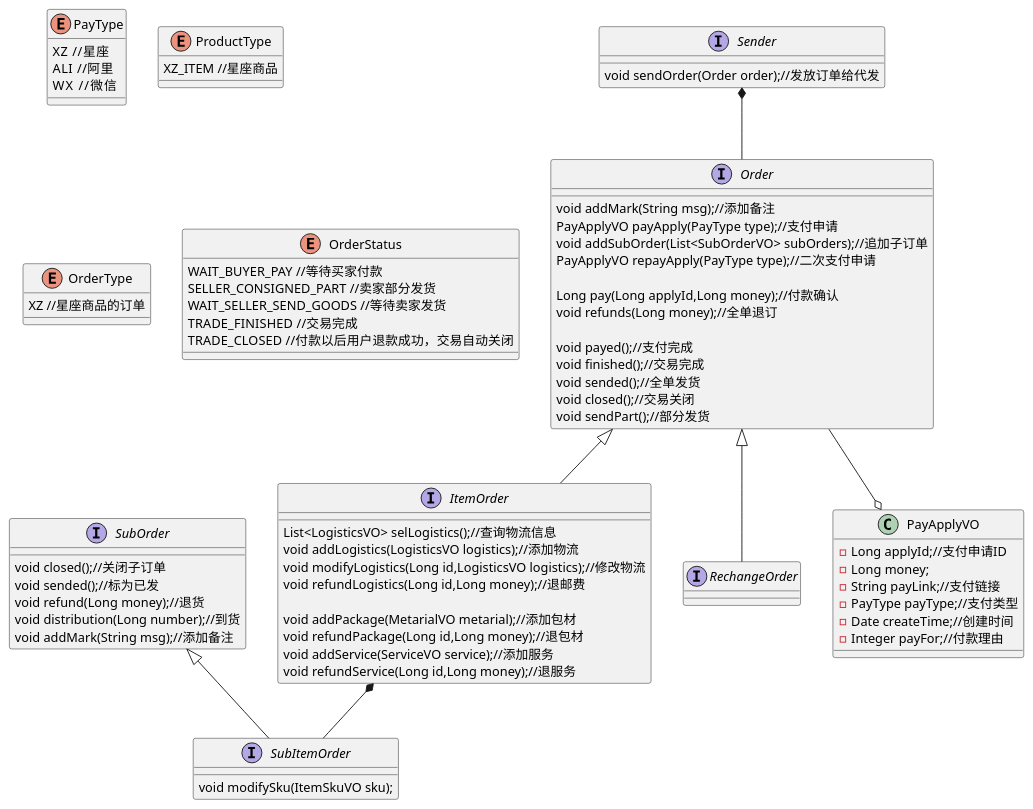
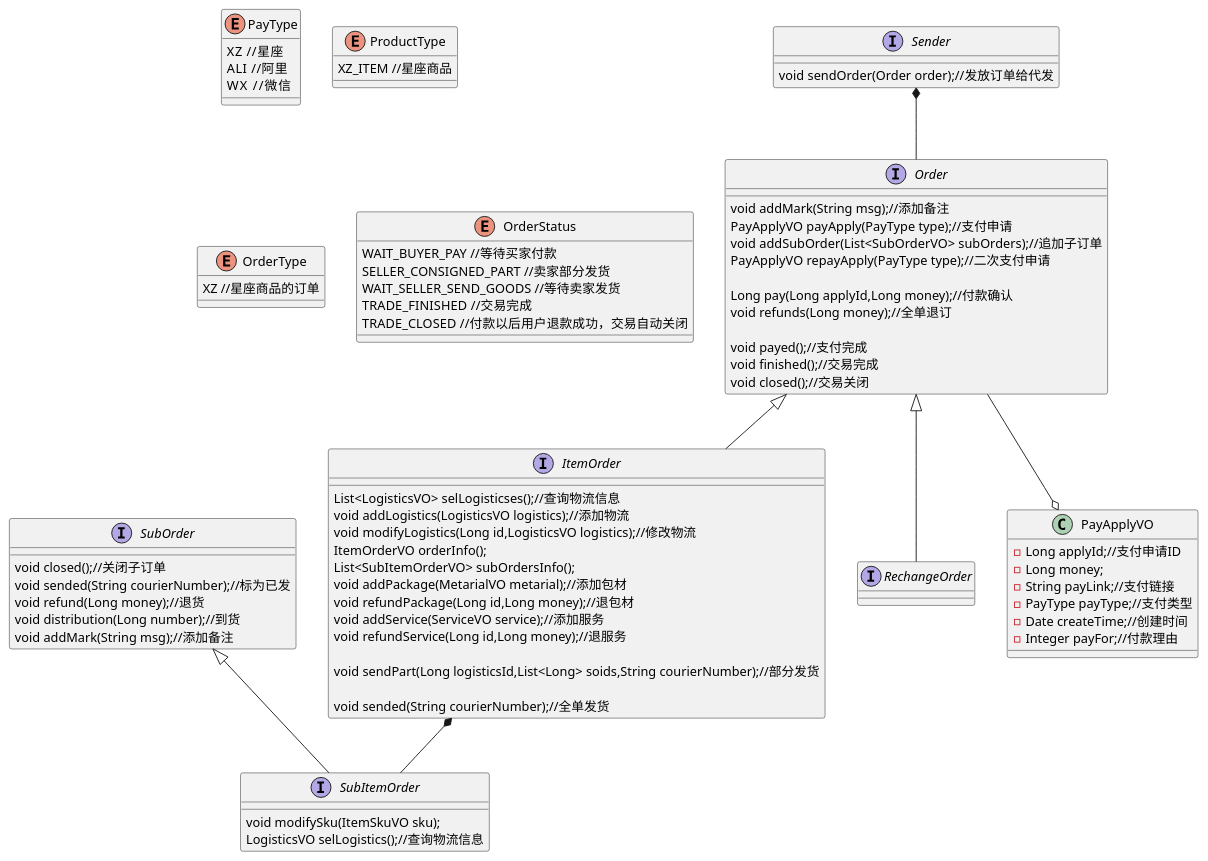
The diagram in main4-order/main4-order-api/src/main/resources/orderClass.puml (pogy/main-pom), drawn with PlantUML before and after one commit. The commit also changed 8 other files, not shown here.

```diff
--- a/main4-order/main4-order-api/src/main/resources/orderClass.puml
+++ b/main4-order/main4-order-api/src/main/resources/orderClass.puml
@@ -1,96 +1,98 @@
 @startuml
 enum PayType{
 XZ  //星座
 ALI  //阿里
 WX   //微信
 }
 
 interface Order{
 void addMark(String msg);//添加备注
 PayApplyVO payApply(PayType type);//支付申请
 void addSubOrder(List<SubOrderVO> subOrders);//追加子订单
 PayApplyVO repayApply(PayType type);//二次支付申请
 
 Long pay(Long applyId,Long money);//付款确认
 void refunds(Long money);//全单退订
 
 void payed();//支付完成
 void finished();//交易完成
-void sended();//全单发货
 void closed();//交易关闭
-void sendPart();//部分发货
-
 }
 
 interface ItemOrder{
-List<LogisticsVO> selLogistics();//查询物流信息
+List<LogisticsVO> selLogisticses();//查询物流信息
 void addLogistics(LogisticsVO logistics);//添加物流
 void modifyLogistics(Long id,LogisticsVO logistics);//修改物流
-void refundLogistics(Long id,Long money);//退邮费
-
+ItemOrderVO orderInfo();
+List<SubItemOrderVO> subOrdersInfo();
 void addPackage(MetarialVO metarial);//添加包材
 void refundPackage(Long id,Long money);//退包材
 void addService(ServiceVO service);//添加服务
 void refundService(Long id,Long money);//退服务
+
+void sendPart(Long logisticsId,List<Long> soids,String courierNumber);//部分发货
+
+void sended(String courierNumber);//全单发货
 }
 
 interface RechangeOrder{
 
 }
 
 interface SubOrder{
 void closed();//关闭子订单
-void sended();//标为已发
+void sended(String courierNumber);//标为已发
 void refund(Long money);//退货
 void distribution(Long number);//到货
 void addMark(String msg);//添加备注
 }
 
 interface SubItemOrder{
 void modifySku(ItemSkuVO sku);
+LogisticsVO selLogistics();//查询物流信息
 }
 
 interface Sender{
 void sendOrder(Order order);//发放订单给代发
 }
 
 enum ProductType{
 XZ_ITEM //星座商品
 
 }
 
 enum OrderType{
 XZ //星座商品的订单
 
 }
 
 enum OrderStatus{
 WAIT_BUYER_PAY //等待买家付款
 SELLER_CONSIGNED_PART //卖家部分发货
 WAIT_SELLER_SEND_GOODS //等待卖家发货
 TRADE_FINISHED  //交易完成
 TRADE_CLOSED  //付款以后用户退款成功，交易自动关闭
 
 }
 
 
 
 class PayApplyVO{
 -Long applyId;//支付申请ID
 -Long money;
 -String payLink;//支付链接
 -PayType payType;//支付类型
 -Date createTime;//创建时间
 -Integer payFor;//付款理由
 }
 
 SubOrder <|-- SubItemOrder
 Order <|-- ItemOrder
 Order <|-- RechangeOrder
 ItemOrder *-- SubItemOrder
 Sender *-- Order
 
 Order --o PayApplyVO
 
 
 @enduml
```
